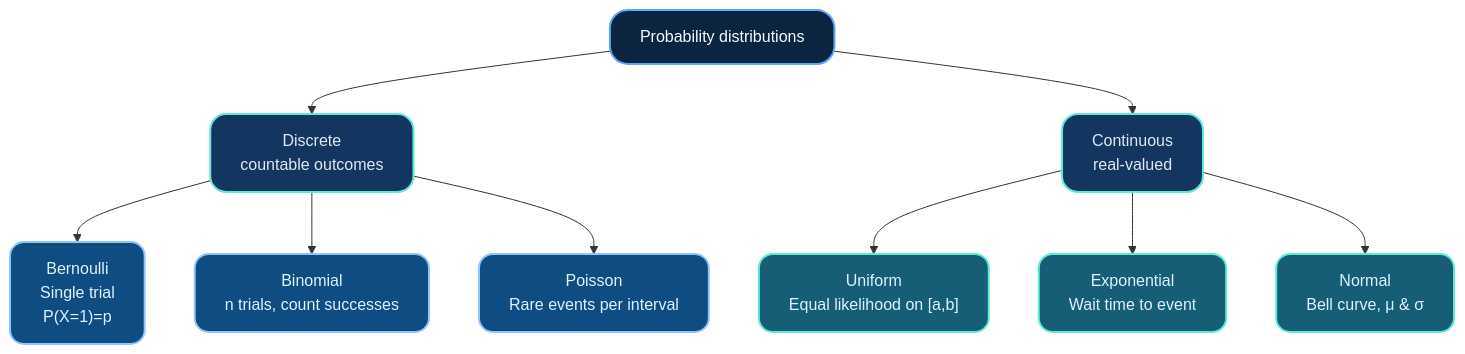
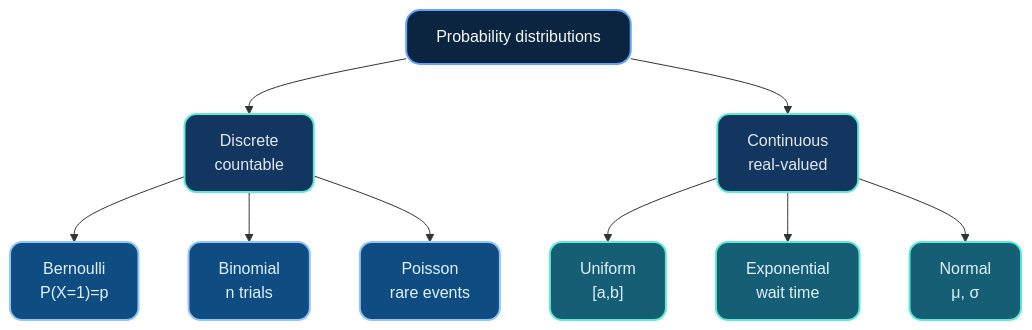
Before and after one commit to MindaugasSarpis/CERN_lessons_on_data_analysis: the fourth of 6 diagrams in lectures/content/slides/L9_Probability_and_Statistics.md, drawn with Mermaid. The commit also changed other lines of this file, not shown here.

````diff
--- a/lectures/content/slides/L9_Probability_and_Statistics.md
+++ b/lectures/content/slides/L9_Probability_and_Statistics.md
@@ -1238,28 +882,28 @@
 ```mermaid
 %%{init: {'theme': 'dark', 'themeVariables': {
   'primaryColor': '#0f1f3d',
   'primaryBorderColor': '#60a5fa',
   'primaryTextColor': '#e2e8f0',
   'secondaryColor': '#102b4c',
   'tertiaryColor': '#143860',
   'lineColor': '#5eead4',
   'fontFamily': 'Inter, Segoe UI, sans-serif'
-}, 'flowchart': {'curve': 'basis', 'htmlLabels': true, 'nodeSpacing': 50, 'rankSpacing': 60}}%%
+}, 'flowchart': {'curve': 'basis', 'htmlLabels': true, 'nodeSpacing': 35, 'rankSpacing': 40}}%%
 flowchart TB
     Root["Probability distributions"]:::hub
-    Root --> Disc["Discrete<br/>countable outcomes"]:::category
+    Root --> Disc["Discrete<br/>countable"]:::category
     Root --> Cont["Continuous<br/>real-valued"]:::category
 
-    Disc --> Bern["Bernoulli<br/>Single trial<br/>P(X=1)=p"]:::discrete
-    Disc --> Binom["Binomial<br/>n trials, count successes"]:::discrete
-    Disc --> Pois["Poisson<br/>Rare events per interval"]:::discrete
+    Disc --> Bern["Bernoulli<br/>P(X=1)=p"]:::discrete
+    Disc --> Binom["Binomial<br/>n trials"]:::discrete
+    Disc --> Pois["Poisson<br/>rare events"]:::discrete
 
-    Cont --> Unif["Uniform<br/>Equal likelihood on [a,b]"]:::continuous
-    Cont --> Exp["Exponential<br/>Wait time to event"]:::continuous
-    Cont --> Norm["Normal<br/>Bell curve, μ & σ"]:::continuous
+    Cont --> Unif["Uniform<br/>[a,b]"]:::continuous
+    Cont --> Exp["Exponential<br/>wait time"]:::continuous
+    Cont --> Norm["Normal<br/>μ, σ"]:::continuous
 
-    classDef hub fill:#0b2540,stroke:#60a5fa,stroke-width:2px,color:#f8fafc,rx:18px,ry:18px;
-    classDef category fill:#133661,stroke:#5eead4,stroke-width:2px,color:#e2e8f0,rx:16px,ry:16px;
-    classDef discrete fill:#0f4c81,stroke:#93c5fd,stroke-width:2px,color:#e0f2fe,rx:14px,ry:14px;
-    classDef continuous fill:#155e75,stroke:#5eead4,stroke-width:2px,color:#e0f2fe,rx:14px,ry:14px;
+    classDef hub fill:#0b2540,stroke:#60a5fa,stroke-width:2px,color:#f8fafc,rx:14px,ry:14px;
+    classDef category fill:#133661,stroke:#5eead4,stroke-width:2px,color:#e2e8f0,rx:12px,ry:12px;
+    classDef discrete fill:#0f4c81,stroke:#93c5fd,stroke-width:2px,color:#e0f2fe,rx:12px,ry:12px;
+    classDef continuous fill:#155e75,stroke:#5eead4,stroke-width:2px,color:#e0f2fe,rx:12px,ry:12px;
 ```
````
